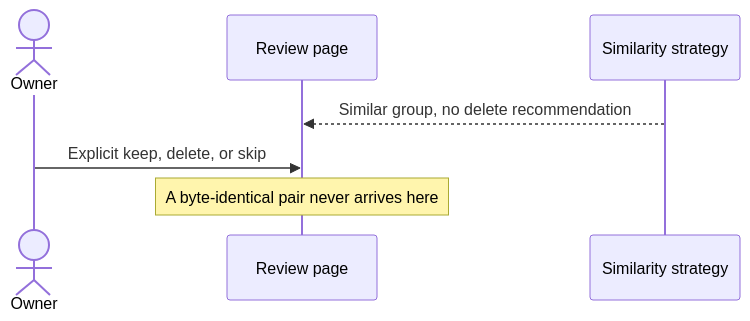
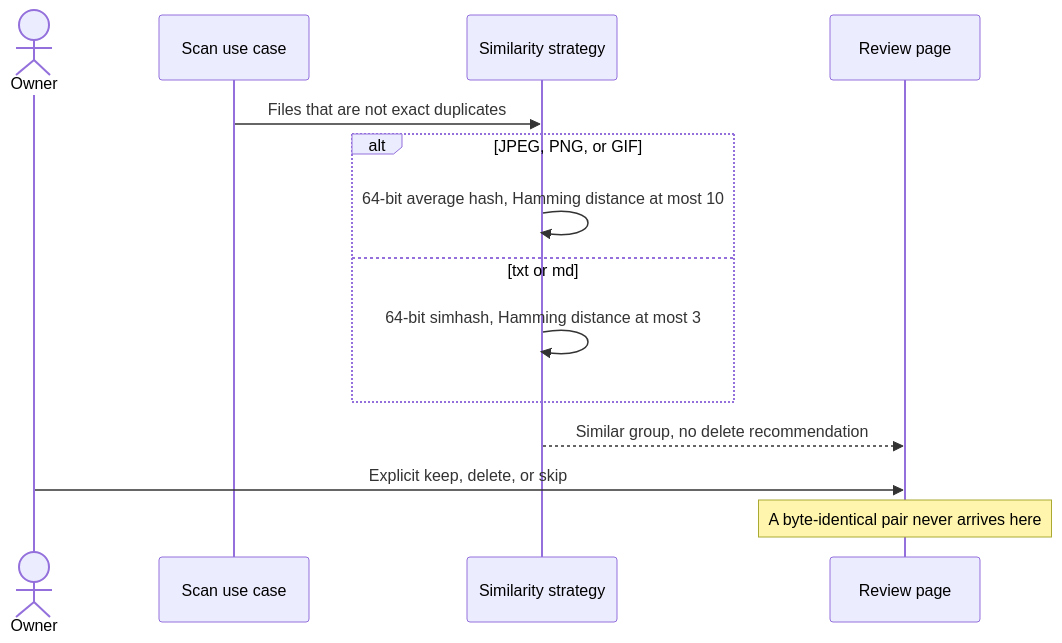
The fourth of 8 diagrams in docs/use-cases.md (cionz0/hdsort), drawn with Mermaid before and after one commit. The commit also changed other lines of this file and 11 other files, not shown here.

````diff
--- a/docs/use-cases.md
+++ b/docs/use-cases.md
@@ -88,9 +88,16 @@
 ```mermaid
 sequenceDiagram
   actor Owner
+  participant Scan as Scan use case
+  participant Sim as Similarity strategy
   participant Page as Review page
-  participant Sim as Similarity strategy
+  Scan->>Sim: Files that are not exact duplicates
+  alt JPEG, PNG, or GIF
+    Sim->>Sim: 64-bit average hash, Hamming distance at most 10
+  else txt or md
+    Sim->>Sim: 64-bit simhash, Hamming distance at most 3
+  end
   Sim-->>Page: Similar group, no delete recommendation
   Owner->>Page: Explicit keep, delete, or skip
   Note over Page: A byte-identical pair never arrives here
 ```
````
